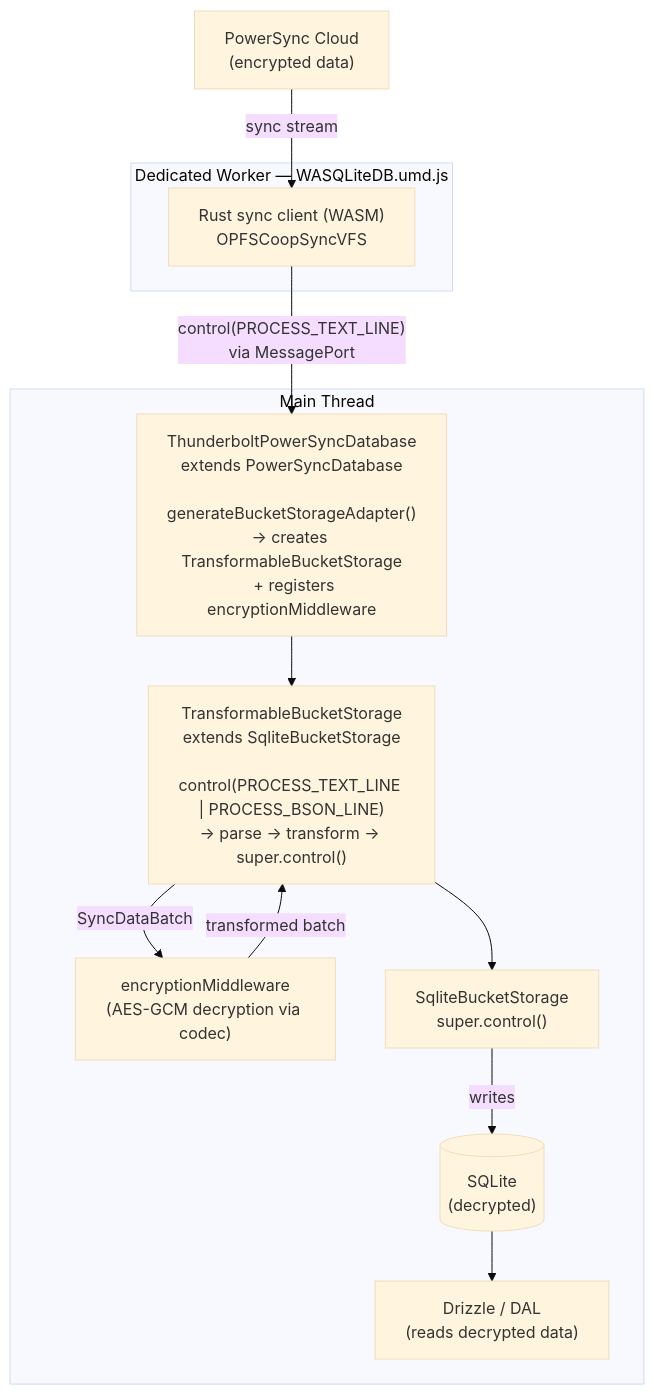
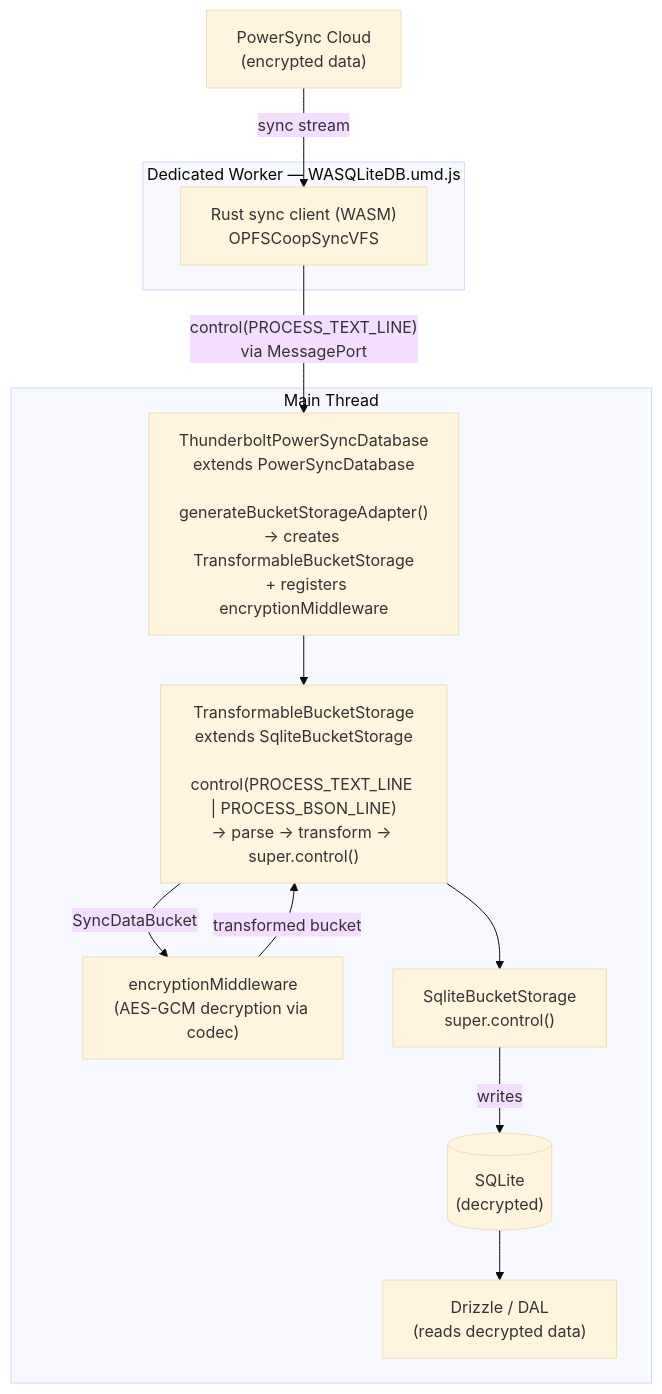
One commit to thunderbird/thunderbolt changed the second of 2 diagrams in docs/architecture/powersync-sync-middleware.md. Above: the diagram before and after it, drawn with Mermaid (base theme). The commit also changed other lines of this file and 5 other files, not shown here.

````diff
--- a/docs/architecture/powersync-sync-middleware.md
+++ b/docs/architecture/powersync-sync-middleware.md
@@ -64,26 +64,26 @@
 ```mermaid
 flowchart TD
     Server["PowerSync Cloud<br/>(encrypted data)"]
 
     subgraph MainThread["Main Thread"]
         TPS["ThunderboltPowerSyncDatabase<br/>extends PowerSyncDatabase<br/><br/>generateBucketStorageAdapter()<br/>→ creates TransformableBucketStorage<br/>  + registers encryptionMiddleware"]
         TBS["TransformableBucketStorage<br/>extends SqliteBucketStorage<br/><br/>control(PROCESS_TEXT_LINE | PROCESS_BSON_LINE)<br/>→ parse → transform → super.control()"]
         MW["encryptionMiddleware<br/>(AES-GCM decryption via codec)"]
         SBS["SqliteBucketStorage<br/>super.control()"]
         Drizzle["Drizzle / DAL<br/>(reads decrypted data)"]
         SQLite[("SQLite<br/>(decrypted)")]
     end
 
     subgraph DedicatedWorker["Dedicated Worker — WASQLiteDB.umd.js"]
         WASM["Rust sync client (WASM)<br/>OPFSCoopSyncVFS"]
     end
 
     Server -->|"sync stream"| WASM
     WASM -->|"control(PROCESS_TEXT_LINE)<br/>via MessagePort"| TPS
     TPS --> TBS
-    TBS -->|"SyncDataBatch"| MW
-    MW -->|"transformed batch"| TBS
+    TBS -->|"SyncDataBucket"| MW
+    MW -->|"transformed bucket"| TBS
     TBS --> SBS
     SBS -->|"writes"| SQLite
     SQLite --> Drizzle
 ```
````
